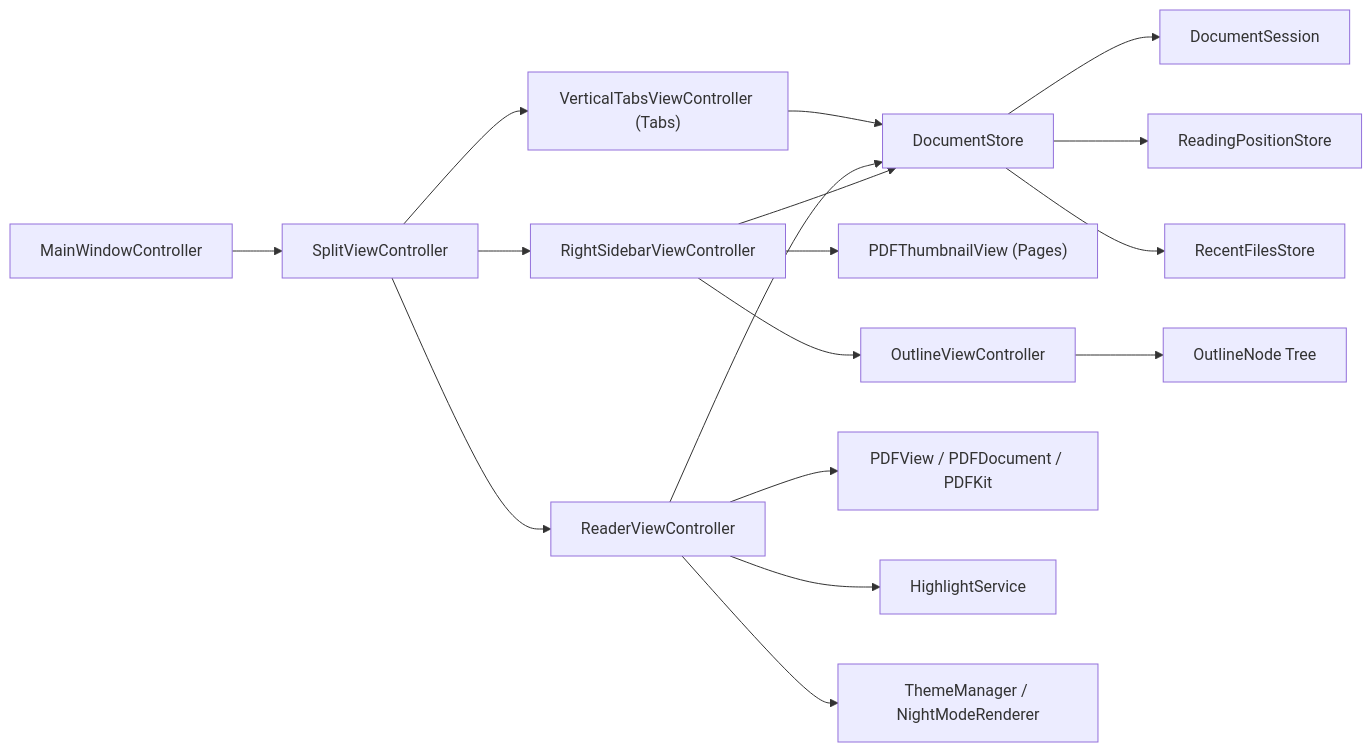
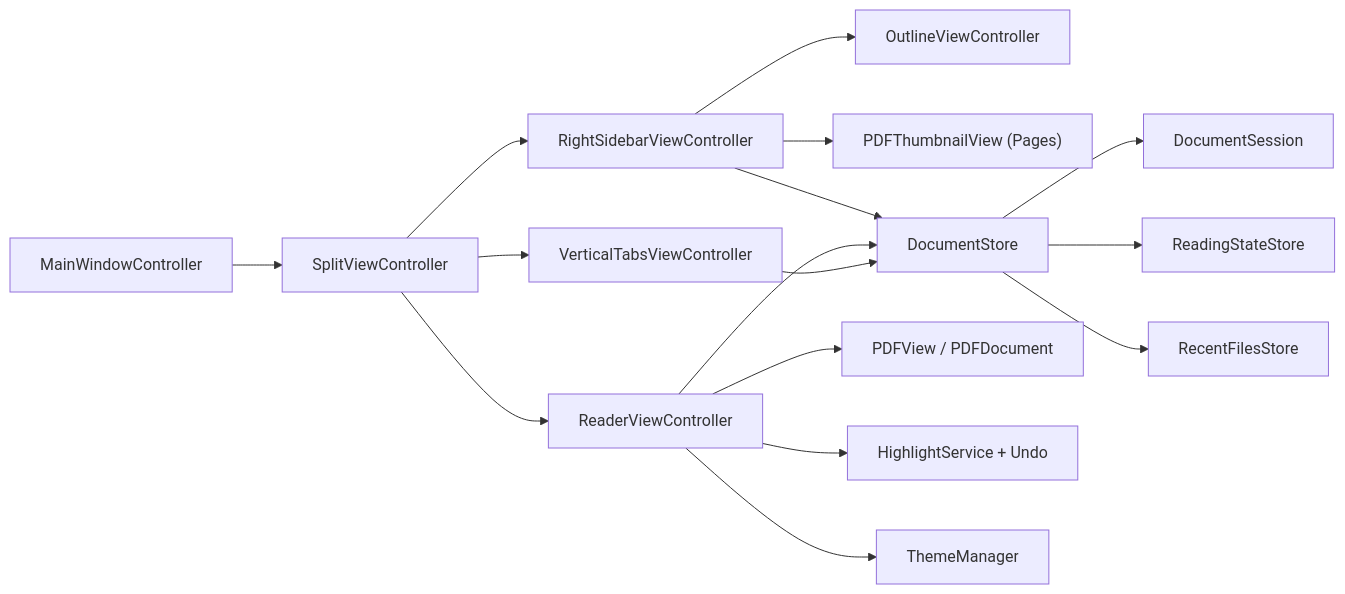
The diagram in PROJECT.md (Yalyenea/serein-pdf), drawn with Mermaid before and after one commit. The commit also changed other lines of this file and 2 other files, not shown here.

````diff
--- a/PROJECT.md
+++ b/PROJECT.md
@@ -70,19 +42,18 @@
 ```mermaid
 flowchart LR
     A["MainWindowController"] --> B["SplitViewController"]
-    B --> C["VerticalTabsViewController (Tabs)"]
+    B --> C["VerticalTabsViewController"]
     B --> D["ReaderViewController"]
     B --> E["RightSidebarViewController"]
     E --> E1["OutlineViewController"]
     E --> E2["PDFThumbnailView (Pages)"]
     C --> F["DocumentStore"]
     D --> F
     E --> F
     F --> G["DocumentSession"]
-    D --> H["PDFView / PDFDocument / PDFKit"]
-    E1 --> I["OutlineNode Tree"]
-    F --> J["ReadingPositionStore"]
+    D --> H["PDFView / PDFDocument"]
+    D --> L["HighlightService + Undo"]
+    D --> M["ThemeManager"]
+    F --> J["ReadingStateStore"]
     F --> K["RecentFilesStore"]
-    D --> L["HighlightService"]
-    D --> M["ThemeManager / NightModeRenderer"]
 ```
````
